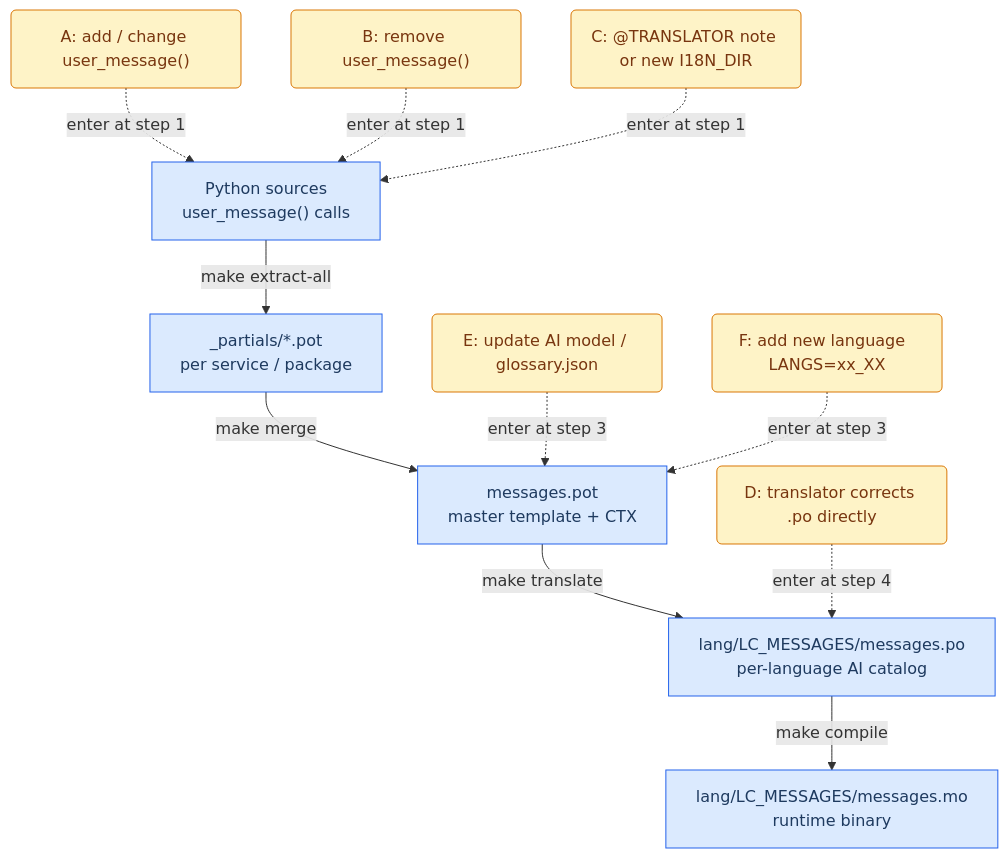
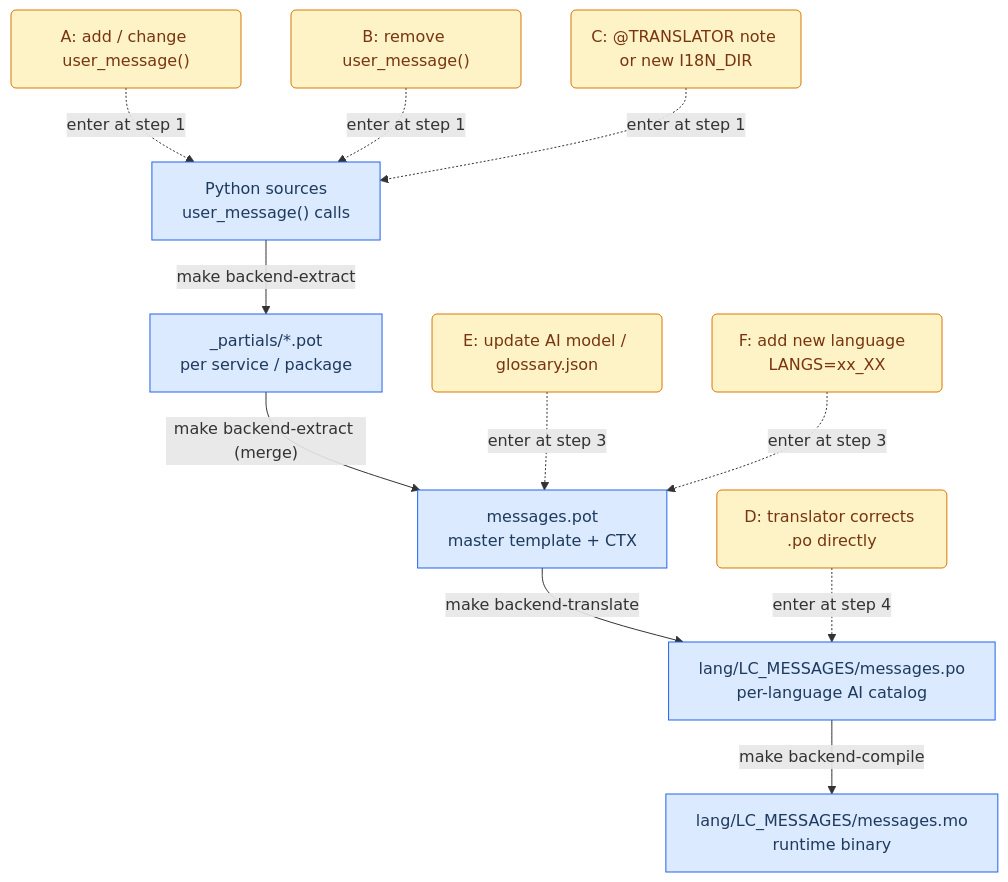
One commit to ITISFoundation/osparc-simcore changed the second of 3 diagrams in scripts/i18n/DESIGN.md. Above: the diagram before and after it, drawn with Mermaid. The commit also changed other lines of this file and 65 other files, not shown here.

````diff
--- a/scripts/i18n/DESIGN.md
+++ b/scripts/i18n/DESIGN.md
@@ -143,27 +146,27 @@
 ```mermaid
 flowchart TD
     classDef art fill:#dbeafe,stroke:#2563eb,color:#1e3a5f
     classDef trig fill:#fef3c7,stroke:#d97706,color:#78350f
 
     PY["Python sources\nuser_message() calls"]:::art
     PARTS["_partials/*.pot\nper service / package"]:::art
     POT["messages.pot\nmaster template + CTX"]:::art
     PO["lang/LC_MESSAGES/messages.po\nper-language AI catalog"]:::art
     MO["lang/LC_MESSAGES/messages.mo\nruntime binary"]:::art
 
     WA("A: add / change user_message()"):::trig
     WB("B: remove user_message()"):::trig
     WC("C: @TRANSLATOR note or new I18N_DIR"):::trig
     WD("D: translator corrects .po directly"):::trig
     WE("E: update AI model / glossary.json"):::trig
     WF("F: add new language  LANGS=xx_XX"):::trig
 
-    PY -->|"make extract-all"| PARTS
-    PARTS -->|"make merge"| POT
-    POT -->|"make translate"| PO
-    PO -->|"make compile"| MO
+    PY -->|"make backend-extract"| PARTS
+    PARTS -->|"make backend-extract (merge)"| POT
+    POT -->|"make backend-translate"| PO
+    PO -->|"make backend-compile"| MO
 
     WA & WB & WC -.->|"enter at step 1"| PY
     WE & WF -.->|"enter at step 3"| POT
     WD -.->|"enter at step 4"| PO
 ```
````
